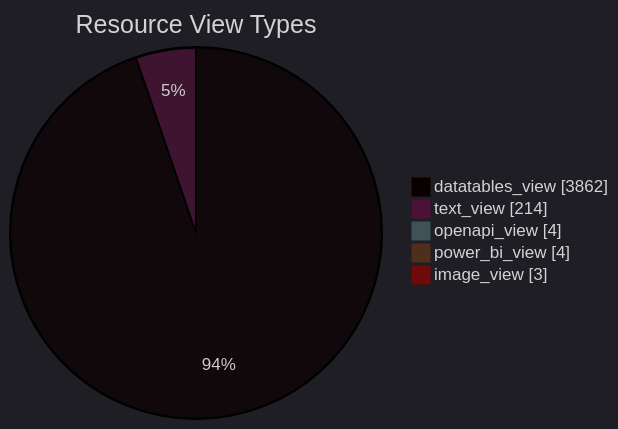
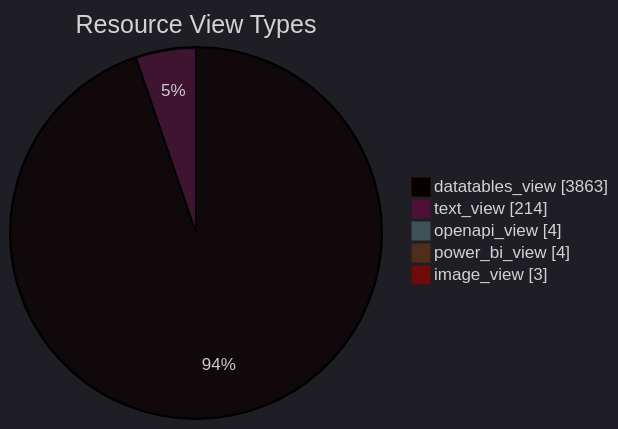
The diagram in datastore_tracker/resource_view_types_pie_chart.md (open-data/analytics-corporate-reporting), drawn with Mermaid before and after one commit. The commit also changed 11 other files, not shown here.

````diff
--- a/datastore_tracker/resource_view_types_pie_chart.md
+++ b/datastore_tracker/resource_view_types_pie_chart.md
@@ -2,12 +2,12 @@
 ```mermaid
 ---
 config:
   theme: dark
 ---
 pie showData title Resource View Types
-    "datatables_view": 3862
+    "datatables_view": 3863
     "text_view": 214
     "openapi_view": 4
     "power_bi_view": 4
     "image_view": 3
 ```
````
